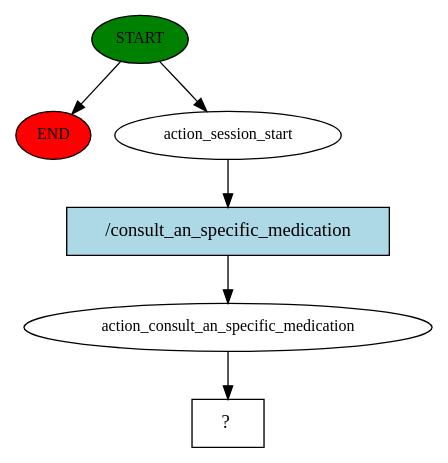
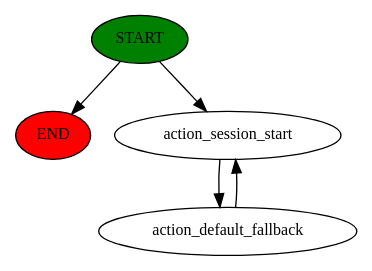
The diagram in story_graph.dot (Ernesto1308/Nemo-Rasa-Voice-Asistance), drawn with Graphviz before and after one commit. The commit also changed 117 other files, not shown here.

```diff
--- a/story_graph.dot
+++ b/story_graph.dot
@@ -1,13 +1,10 @@
 digraph  {
 0 [class="start active", fillcolor=green, fontsize=12, label=START, style=filled];
 "-1" [class=end, fillcolor=red, fontsize=12, label=END, style=filled];
 1 [class=active, fontsize=12, label=action_session_start];
-2 [class=active, fontsize=12, label=action_consult_an_specific_medication];
-3 [class="intent dashed active", label="  ?  ", shape=rect];
-4 [class="intent active", fillcolor=lightblue, label="/consult_an_specific_medication", shape=rect, style=filled];
+2 [class="active dashed", fontsize=12, label=action_default_fallback];
 0 -> "-1"  [class="", key=NONE, label=""];
 0 -> 1  [class=active, key=NONE, label=""];
-1 -> 4  [class=active, key=0];
-2 -> 3  [class=active, key=NONE, label=""];
-4 -> 2  [class=active, key=0];
+1 -> 2  [class=active, key=NONE, label=""];
+2 -> 1  [class=active, key=NONE, label=""];
 }
```
